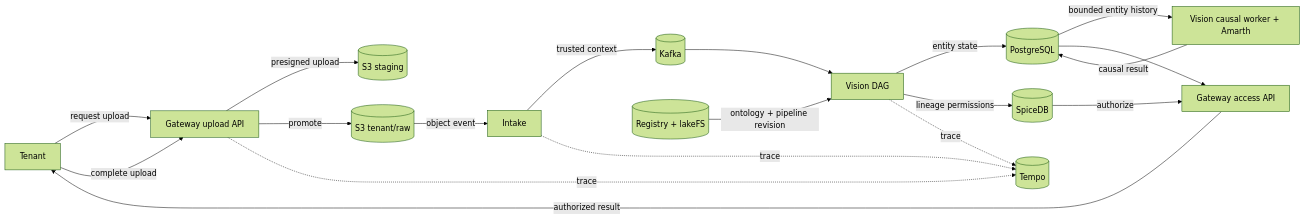
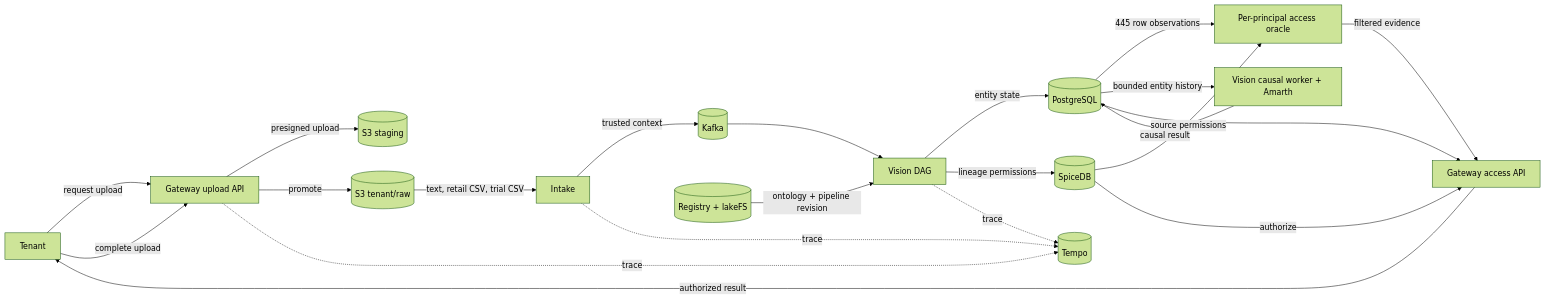
The diagram in tests/README.md (Aeluin-Technologies/Galadril), drawn with Mermaid (forest theme) before and after one commit. The commit also changed other lines of this file and 14 other files, not shown here.

````diff
--- a/tests/README.md
+++ b/tests/README.md
@@ -34,22 +36,25 @@
 ```mermaid
 flowchart LR
     Tenant["Tenant"] -->|"request upload"| GatewayUpload["Gateway upload API"]
     GatewayUpload -->|"presigned upload"| Staging[("S3 staging")]
     Tenant -->|"complete upload"| GatewayUpload
     GatewayUpload -->|"promote"| Raw[("S3 tenant/raw")]
-    Raw -->|"object event"| Intake["Intake"]
+    Raw -->|"text, retail CSV, trial CSV"| Intake["Intake"]
     Intake -->|"trusted context"| Kafka[("Kafka")]
     Registry[("Registry + lakeFS")] -->|"ontology + pipeline revision"| Vision["Vision DAG"]
     Kafka --> Vision
     Vision -->|"entity state"| PostgreSQL[("PostgreSQL")]
+    PostgreSQL -->|"445 row observations"| AccessOracle["Per-principal access oracle"]
+    SpiceDB -->|"source permissions"| AccessOracle
+    AccessOracle -->|"filtered evidence"| GatewayAccess
     PostgreSQL -->|"bounded entity history"| Amarth["Vision causal worker + Amarth"]
     Amarth -->|"causal result"| PostgreSQL
     Vision -->|"lineage permissions"| SpiceDB[("SpiceDB")]
     PostgreSQL --> GatewayAccess["Gateway access API"]
     SpiceDB -->|"authorize"| GatewayAccess
     GatewayAccess -->|"authorized result"| Tenant
 
     GatewayUpload -.->|"trace"| Tempo[("Tempo")]
     Intake -.->|"trace"| Tempo
     Vision -.->|"trace"| Tempo
 ```
````
